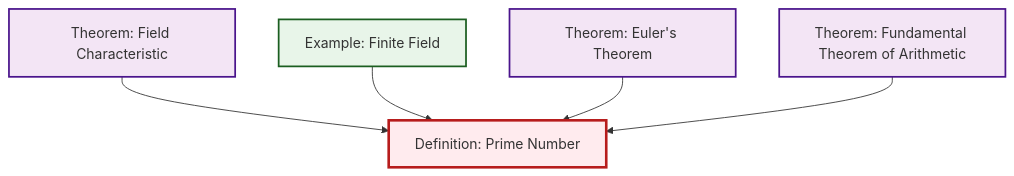
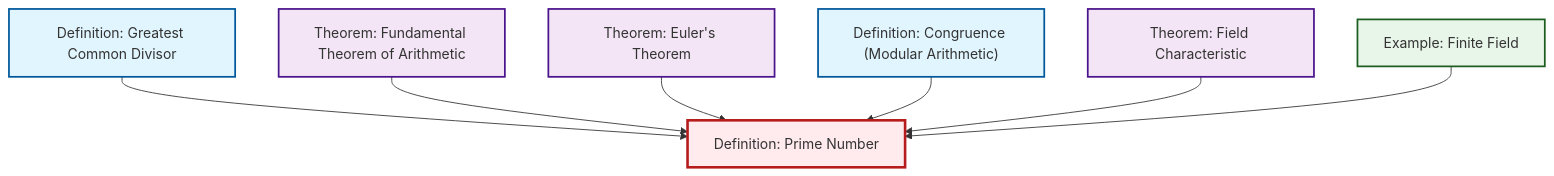
The diagram in content/en/number-theory/def-prime.qmd (RK0429/ModernMath), drawn with Mermaid before and after one commit. The commit also changed 417 other files, not shown here.

````diff
--- a/content/en/number-theory/def-prime.qmd
+++ b/content/en/number-theory/def-prime.qmd
@@ -53,23 +53,29 @@
 ```{mermaid}
 %%| fig-cap: "Local dependency graph"
 graph TD
     classDef definition fill:#e1f5fe,stroke:#01579b,stroke-width:2px
     classDef theorem fill:#f3e5f5,stroke:#4a148c,stroke-width:2px
     classDef axiom fill:#fff3e0,stroke:#e65100,stroke-width:2px
     classDef example fill:#e8f5e9,stroke:#1b5e20,stroke-width:2px
     classDef current fill:#ffebee,stroke:#b71c1c,stroke-width:3px
-    thm-fundamental-arithmetic["Theorem: Fundamental Theorem of Arithmetic"]:::theorem
+    def-gcd["Definition: Greatest Common Divisor"]:::definition
     ex-finite-field["Example: Finite Field"]:::example
     thm-euler["Theorem: Euler's Theorem"]:::theorem
     thm-field-characteristic["Theorem: Field Characteristic"]:::theorem
+    thm-fundamental-arithmetic["Theorem: Fundamental Theorem of Arithmetic"]:::theorem
+    def-congruence["Definition: Congruence (Modular Arithmetic)"]:::definition
     def-prime["Definition: Prime Number"]:::definition
+    def-gcd --> def-prime
+    thm-fundamental-arithmetic --> def-prime
+    thm-euler --> def-prime
+    def-congruence --> def-prime
     thm-field-characteristic --> def-prime
     ex-finite-field --> def-prime
-    thm-euler --> def-prime
-    thm-fundamental-arithmetic --> def-prime
     class def-prime current
-    click thm-fundamental-arithmetic "thm-fundamental-arithmetic.html" "Go to Fundamental Theorem of Arithmetic theorem"
+    click def-gcd "def-gcd.html" "Go to Greatest Common Divisor definition"
     click ex-finite-field "ex-finite-field.html" "Go to Finite Field example"
     click thm-euler "thm-euler.html" "Go to Euler's Theorem theorem"
     click thm-field-characteristic "thm-field-characteristic.html" "Go to Field Characteristic theorem"
+    click thm-fundamental-arithmetic "thm-fundamental-arithmetic.html" "Go to Fundamental Theorem of Arithmetic theorem"
+    click def-congruence "def-congruence.html" "Go to Congruence (Modular Arithmetic) definition"
 ```
````
